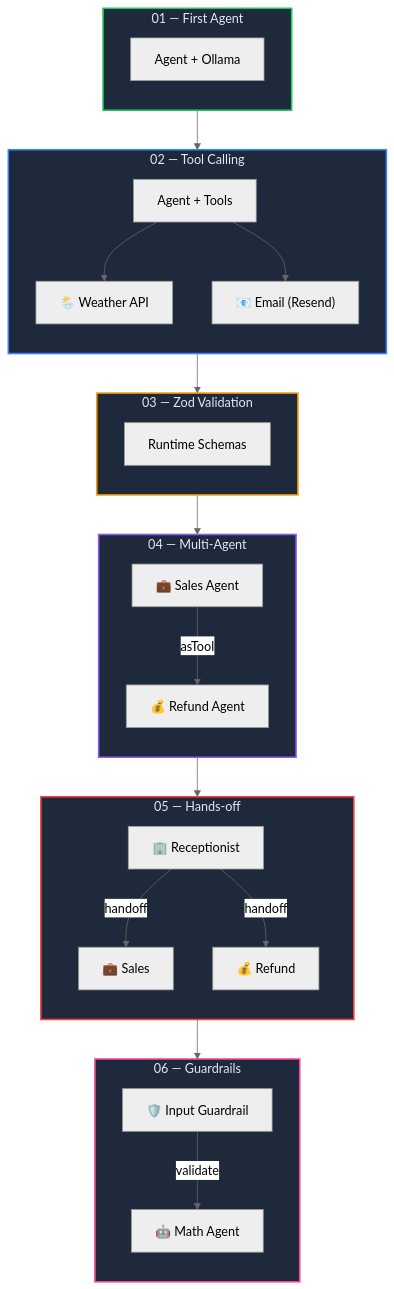
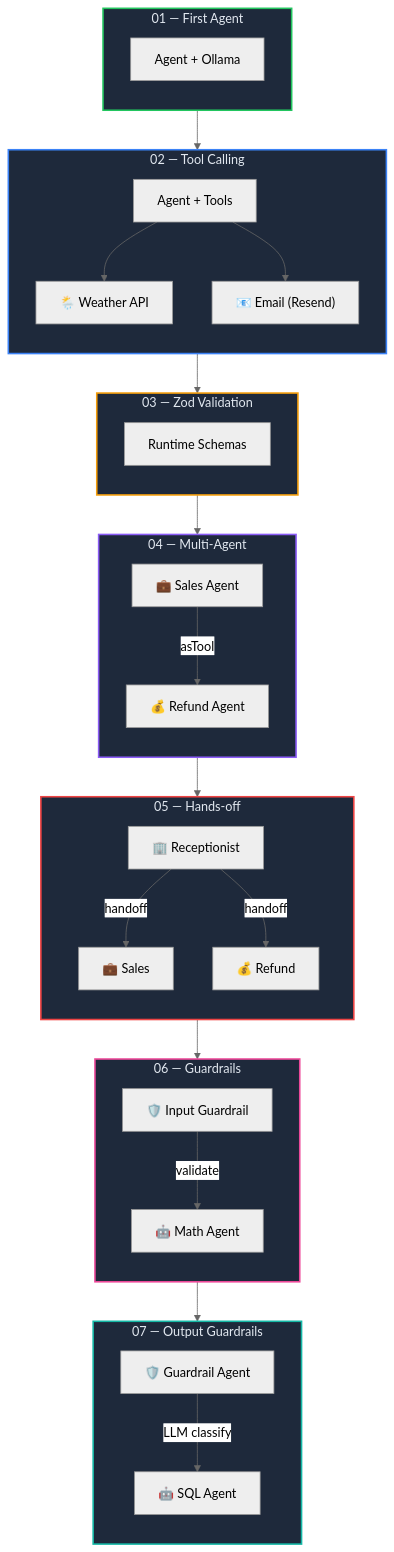
Before and after one commit to SanidhyaGupta-10/GenerativeAI-MasterClass-with-JS-TS: the second of 2 diagrams in 2. Advance-GenAI/12. OpenAI-Agent-SDK-Series/README.md, drawn with Mermaid (neutral theme). The commit also changed other lines of this file and 1 other file, not shown here.

````diff
--- a/2. Advance-GenAI/12. OpenAI-Agent-SDK-Series/README.md
+++ b/2. Advance-GenAI/12. OpenAI-Agent-SDK-Series/README.md
@@ -214,53 +244,61 @@
 ```mermaid
 flowchart TD
     subgraph CH01["01 — First Agent"]
         direction TB
         C1["Agent + Ollama"]
     end
 
     subgraph CH02["02 — Tool Calling"]
         direction TB
         C2["Agent + Tools"]
         C2T1["🌦️ Weather API"]
         C2T2["📧 Email (Resend)"]
         C2 --> C2T1
         C2 --> C2T2
     end
 
     subgraph CH03["03 — Zod Validation"]
         direction TB
         C3["Runtime Schemas"]
     end
 
     subgraph CH04["04 — Multi-Agent"]
         direction TB
         C4S["💼 Sales Agent"]
         C4R["💰 Refund Agent"]
         C4S -->|asTool| C4R
     end
 
     subgraph CH05["05 — Hands-off"]
         direction TB
         C5REC["🏢 Receptionist"]
         C5S["💼 Sales"]
         C5R["💰 Refund"]
         C5REC -->|handoff| C5S
         C5REC -->|handoff| C5R
     end
 
     subgraph CH06["06 — Guardrails"]
         direction TB
         C6G["🛡️ Input Guardrail"]
         C6A["🤖 Math Agent"]
         C6G -->|validate| C6A
     end
 
-    CH01 --> CH02 --> CH03 --> CH04 --> CH05 --> CH06
+    subgraph CH07["07 — Output Guardrails"]
+        direction TB
+        C7G["🛡️ Guardrail Agent"]
+        C7A["🤖 SQL Agent"]
+        C7G -->|LLM classify| C7A
+    end
+
+    CH01 --> CH02 --> CH03 --> CH04 --> CH05 --> CH06 --> CH07
 
     style CH01 fill:#1e293b,stroke:#22c55e,stroke-width:2px,color:#e2e8f0
     style CH02 fill:#1e293b,stroke:#3b82f6,stroke-width:2px,color:#e2e8f0
     style CH03 fill:#1e293b,stroke:#f59e0b,stroke-width:2px,color:#e2e8f0
     style CH04 fill:#1e293b,stroke:#8b5cf6,stroke-width:2px,color:#e2e8f0
     style CH05 fill:#1e293b,stroke:#ef4444,stroke-width:2px,color:#e2e8f0
     style CH06 fill:#1e293b,stroke:#ec4899,stroke-width:2px,color:#e2e8f0
+    style CH07 fill:#1e293b,stroke:#14b8a6,stroke-width:2px,color:#e2e8f0
 ```
````
